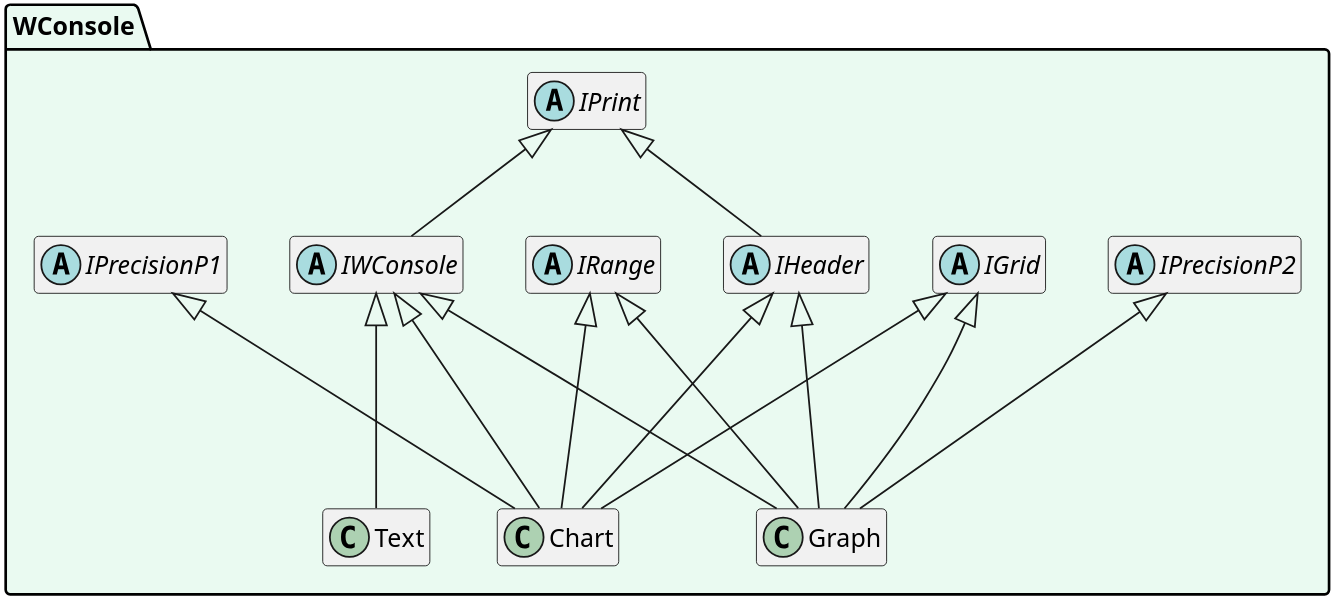
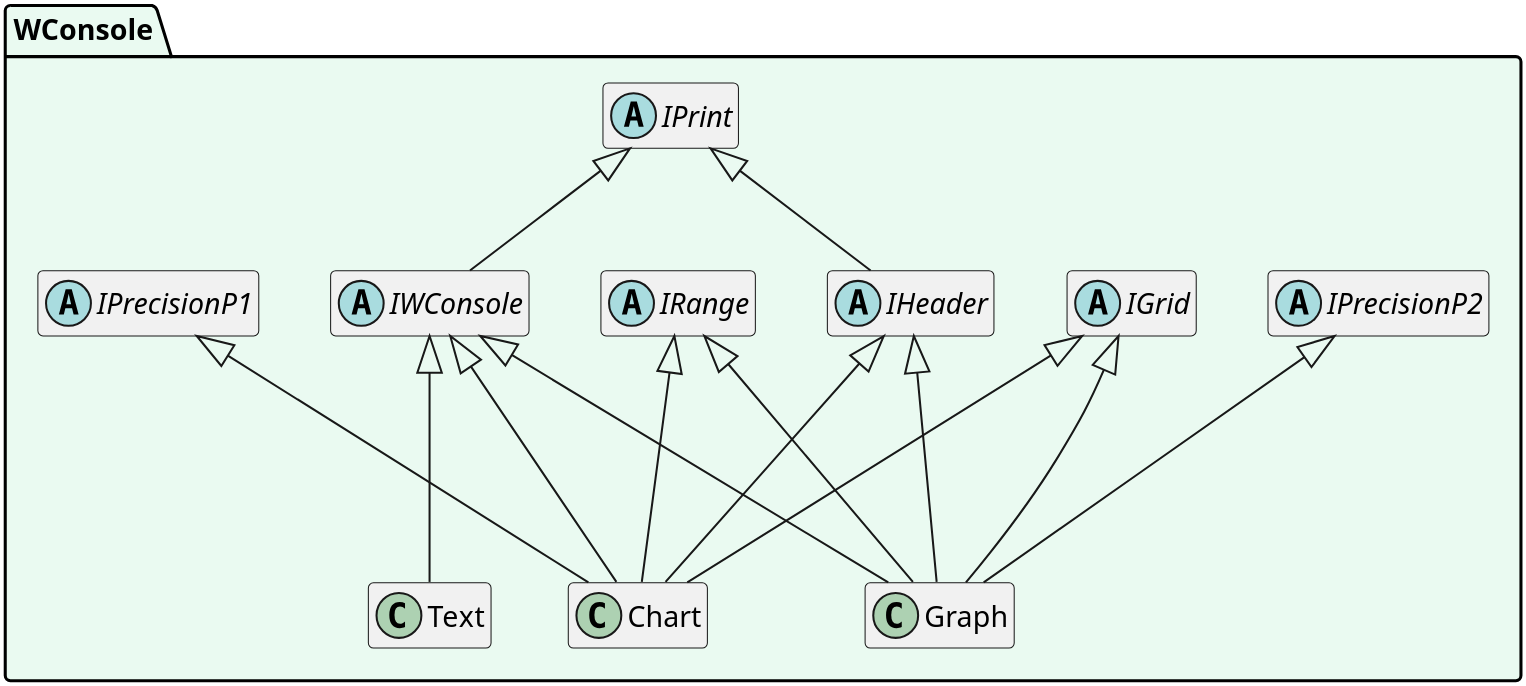
The diagram in doc/UMLClass.md (SergioStopkin/WideConsole), drawn with PlantUML before and after one commit.

Commit message:
Test some styles

````diff
--- a/doc/UMLClass.md
+++ b/doc/UMLClass.md
@@ -1,42 +1,42 @@
 ```plantuml
 @startuml
 
-scale 1600 width
-scale 1200 height
+scale 1800 width
+scale 1500 height
 
 hide empty members
 
 namespace WConsole #EAFAF1 {
 
 abstract class IGrid
 abstract class IHeader
 abstract class IPrecisionP1
 abstract class IPrecisionP2
 abstract class IPrint
 abstract class IRange
 abstract class IWConsole
 class Chart
 class Graph
 class Text
 
 IPrint <|-- IHeader
 IPrint <|-- IWConsole
 
 IWConsole    <|--- Chart
 IHeader      <|--- Chart
 IPrecisionP1 <|---  Chart
 IRange       <|---  Chart
 IGrid        <|---  Chart
 
 IWConsole    <|--- Graph
 IHeader      <|--- Graph
 IPrecisionP2 <|---  Graph
 IRange       <|---  Graph
 IGrid        <|---  Graph
 
 IWConsole <|--- Text
 
 }
 
 @enduml
 ```
````
